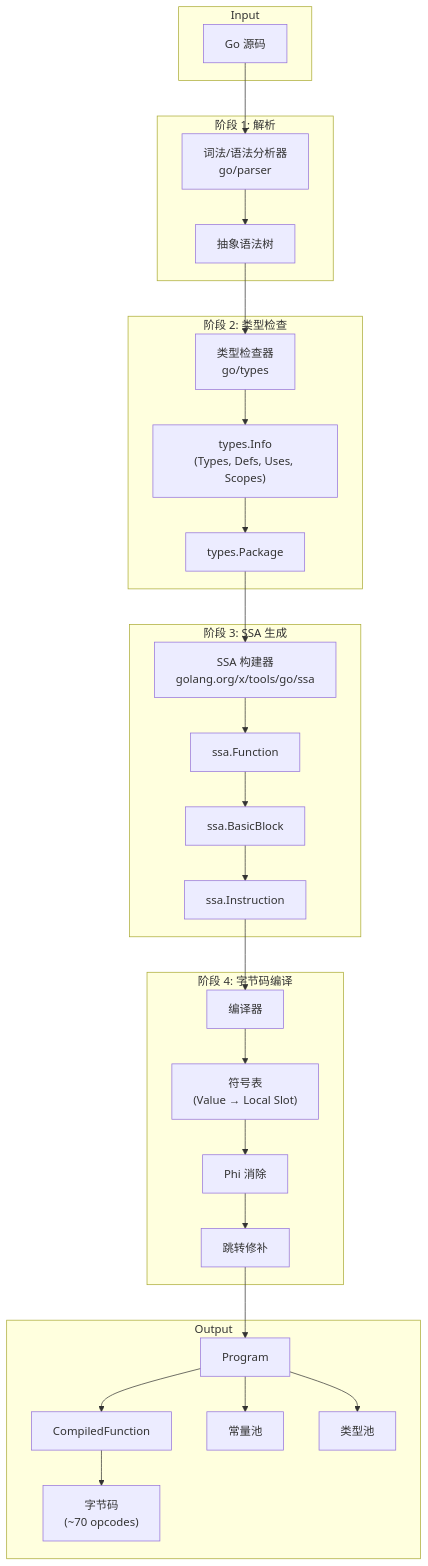
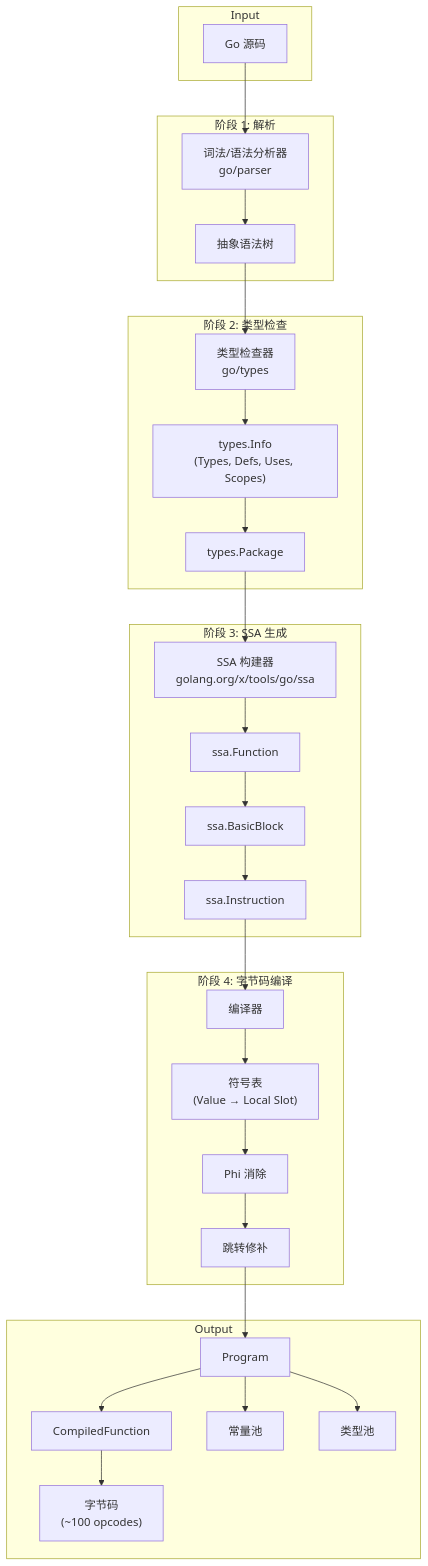
The fourth of 7 diagrams in README_CN.md (t04dJ14n9/gig), drawn with Mermaid before and after one commit. The commit also changed other lines of this file and 246 other files, not shown here.

````diff
--- a/README_CN.md
+++ b/README_CN.md
@@ -509,49 +556,49 @@
 ```mermaid
 flowchart TB
     subgraph Input
         SRC["Go 源码"]
     end
-    
+
     subgraph "阶段 1: 解析"
         P1["词法/语法分析器<br/>go/parser"]
         AST["抽象语法树"]
     end
-    
+
     subgraph "阶段 2: 类型检查"
         P2["类型检查器<br/>go/types"]
         TCINFO["types.Info<br/>(Types, Defs, Uses, Scopes)"]
         PKG["types.Package"]
     end
-    
+
     subgraph "阶段 3: SSA 生成"
         P3["SSA 构建器<br/>golang.org/x/tools/go/ssa"]
         SSAFN["ssa.Function"]
         SSABLK["ssa.BasicBlock"]
         SSAINST["ssa.Instruction"]
     end
-    
+
     subgraph "阶段 4: 字节码编译"
         P4["编译器"]
         SYM["符号表<br/>(Value → Local Slot)"]
         PHI["Phi 消除"]
         JMP["跳转修补"]
     end
-    
+
     subgraph Output
         PROG["Program"]
         FN["CompiledFunction"]
-        CODE["字节码<br/>(~70 opcodes)"]
+        CODE["字节码<br/>(~100 opcodes)"]
         CONSTPOOL["常量池"]
         TYPEPOOL["类型池"]
     end
-    
+
     SRC --> P1 --> AST
     AST --> P2 --> TCINFO --> PKG
     PKG --> P3 --> SSAFN --> SSABLK --> SSAINST
     SSAINST --> P4
     P4 --> SYM --> PHI --> JMP
     JMP --> PROG
     PROG --> FN --> CODE
     PROG --> CONSTPOOL
     PROG --> TYPEPOOL
 ```
````
